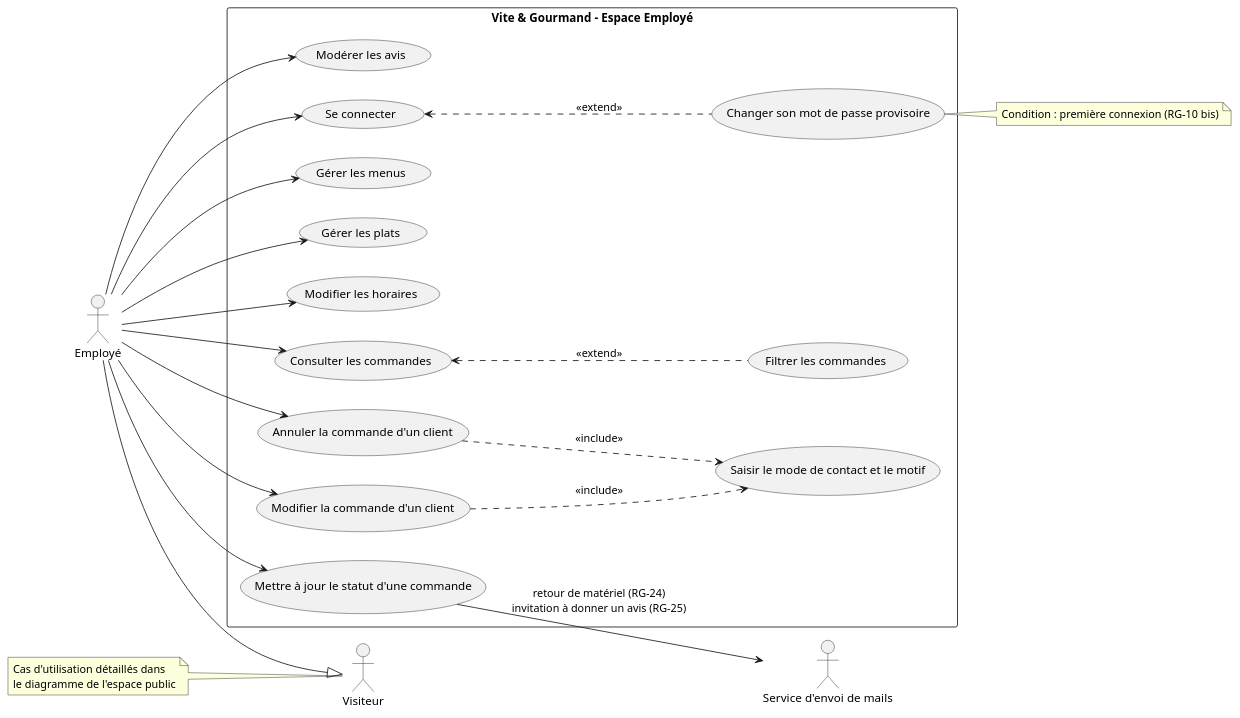
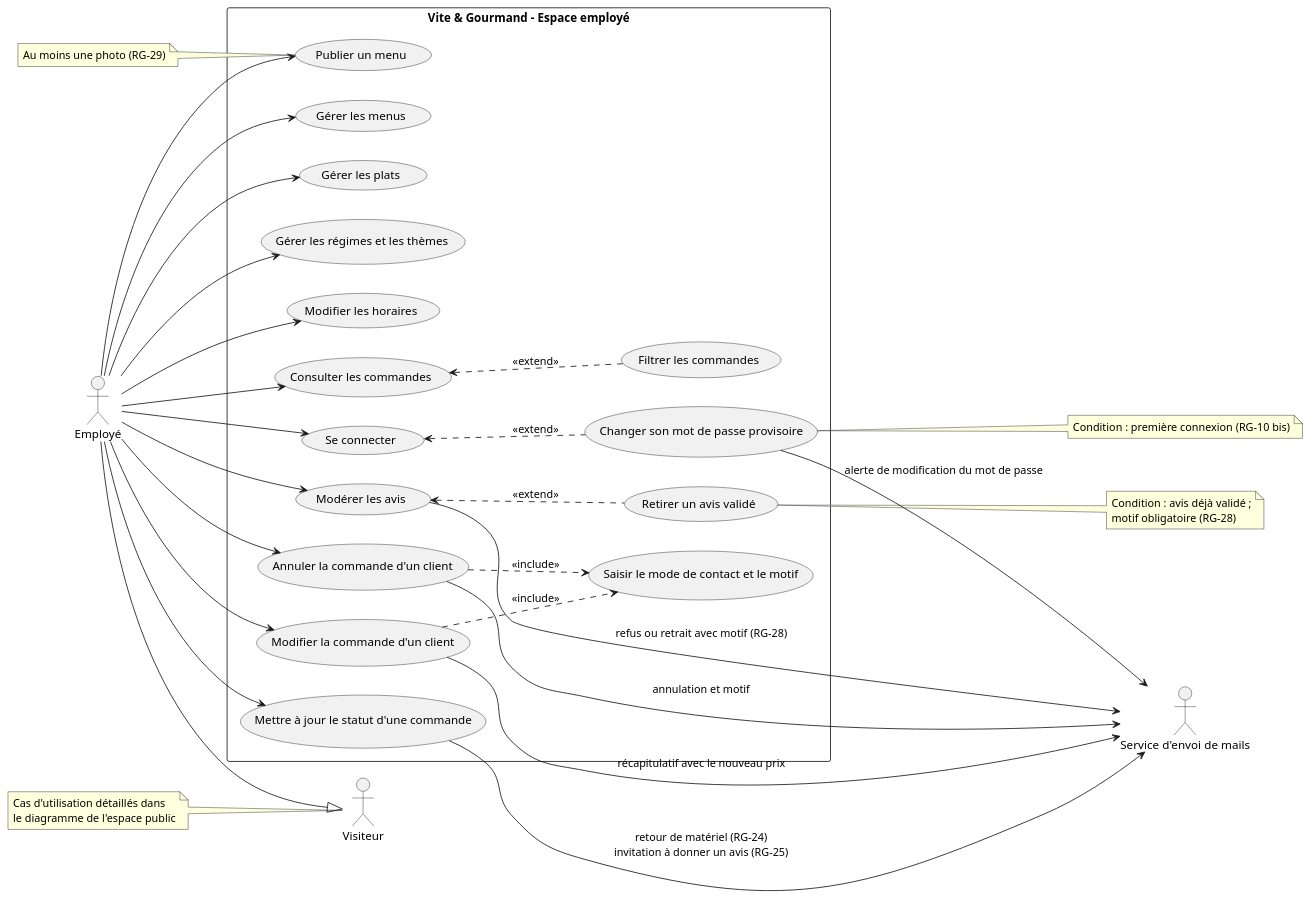
One commit to NicolasMiguelRG/vite_gourmand changed the diagram in docs/diagrammes/cas-utilisation-employe.puml. Above: the diagram before and after it, drawn with PlantUML.

Commit message:
docs: met à jour le diagramme de cas d'utilisation employé

```diff
--- a/docs/diagrammes/cas-utilisation-employe.puml
+++ b/docs/diagrammes/cas-utilisation-employe.puml
@@ -1,48 +1,58 @@
 @startuml cas-utilisation-employe
 left to right direction
 
 actor Employé
 actor Visiteur
 actor "Service d'envoi de mails" as Mail
 note "Cas d'utilisation détaillés dans\nle diagramme de l'espace public" as N1
 
-rectangle "Vite & Gourmand - Espace Employé" {
+rectangle "Vite & Gourmand - Espace employé" {
     usecase "Se connecter" as UC1
     usecase "Changer son mot de passe provisoire" as UC2
     usecase "Gérer les menus" as UC3
+    usecase "Publier un menu" as UC13
     usecase "Gérer les plats" as UC4
+    usecase "Gérer les régimes et les thèmes" as UC14
     usecase "Modifier les horaires" as UC5
     usecase "Consulter les commandes" as UC6
     usecase "Filtrer les commandes" as UC7
-    usecase "Mettre à jour le statut d'une commande" as UC8 
+    usecase "Mettre à jour le statut d'une commande" as UC8
     usecase "Modifier la commande d'un client" as UC9
     usecase "Saisir le mode de contact et le motif" as UC11
     usecase "Annuler la commande d'un client" as UC10
     usecase "Modérer les avis" as UC12
+    usecase "Retirer un avis validé" as UC15
 }
 
 note right of UC2 : Condition : première connexion (RG-10 bis)
-
+note left of UC13 : Au moins une photo (RG-29)
+note right of UC15 : Condition : avis déjà validé ;\nmotif obligatoire (RG-28)
 
 N1 .. Visiteur
 Employé --> UC1
 Employé --> UC3
+Employé --> UC13
 Employé --> UC4
+Employé --> UC14
 Employé --> UC5
 Employé --> UC6
 Employé --> UC8
 Employé --> UC9
 Employé --> UC10
 Employé --> UC12
-UC8 --> Mail : retour de matériel (RG-24)\ninvitation à donner un avis (RG-25)
-
 
 UC1 <.. UC2 : <<extend>>
 UC6 <.. UC7 : <<extend>>
+UC12 <.. UC15 : <<extend>>
 UC9 ..> UC11 : <<include>>
 UC10 ..> UC11 : <<include>>
 
+UC2 --> Mail : alerte de modification du mot de passe
+UC8 --> Mail : retour de matériel (RG-24)\ninvitation à donner un avis (RG-25)
+UC9 --> Mail : récapitulatif avec le nouveau prix
+UC10 --> Mail : annulation et motif
+UC12 --> Mail : refus ou retrait avec motif (RG-28)
 
 Employé --|> Visiteur
 
 @enduml
```
